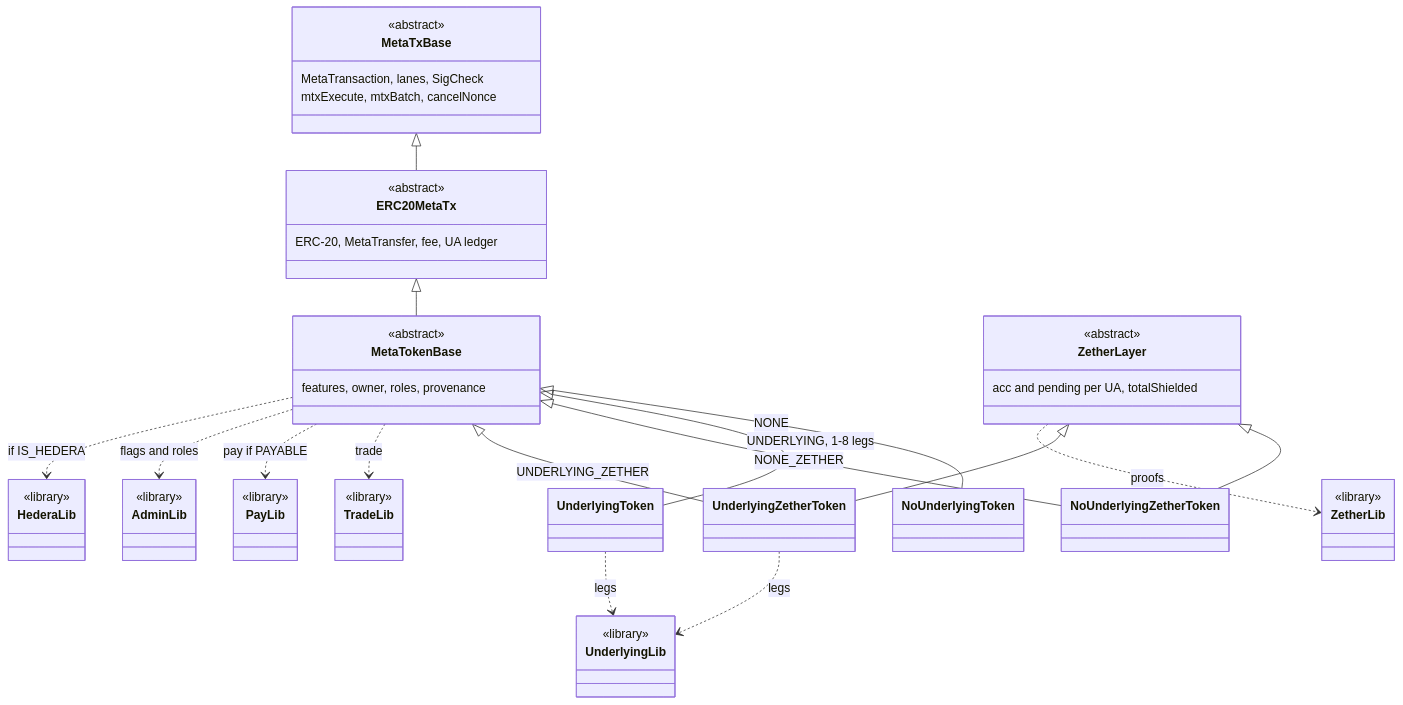
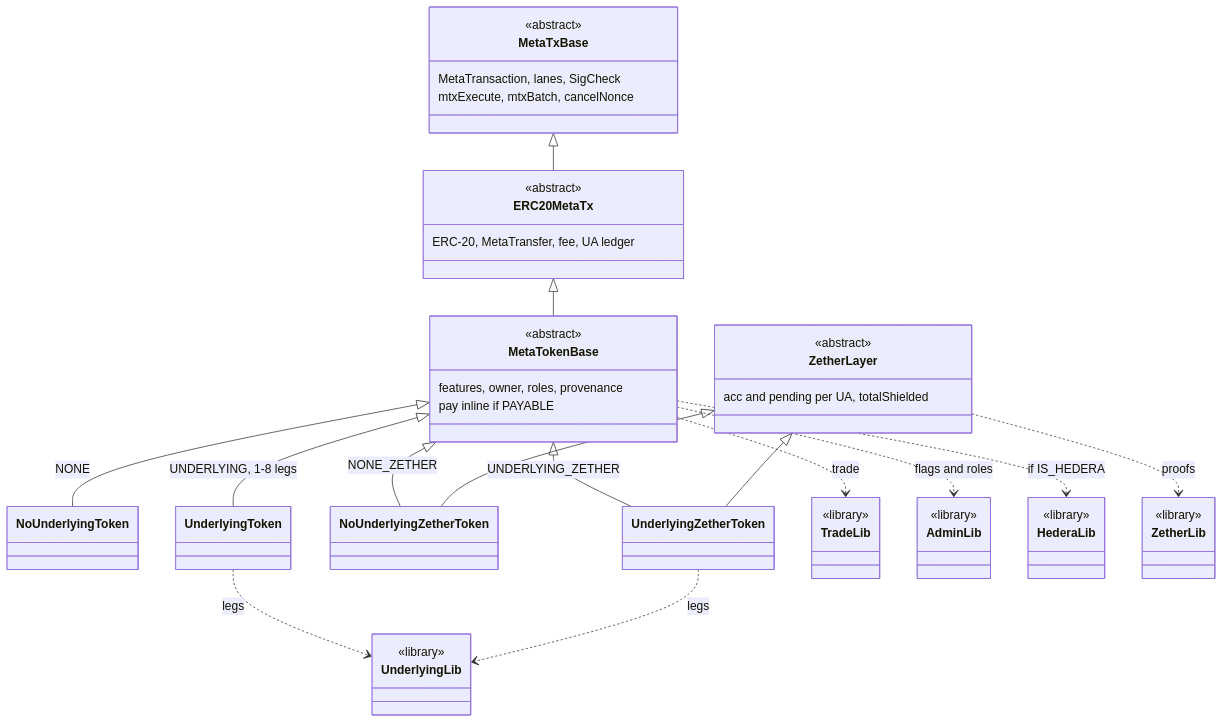
Before and after one commit to dinhduongha/scaas: the second of 12 diagrams in docs/architecture.md, drawn with Mermaid. The commit also changed other lines of this file and 1 other file, not shown here.

First line of the commit message:
docs: correct stale build status (token tree, PayLib, Hedera)

````diff
--- a/docs/architecture.md
+++ b/docs/architecture.md
@@ -278,41 +278,40 @@
 ```mermaid
 classDiagram
     MetaTxBase <|-- ERC20MetaTx
     ERC20MetaTx <|-- MetaTokenBase
     MetaTokenBase <|-- NoUnderlyingToken : NONE
     MetaTokenBase <|-- UnderlyingToken : UNDERLYING, 1-8 legs
     MetaTokenBase <|-- NoUnderlyingZetherToken : NONE_ZETHER
     MetaTokenBase <|-- UnderlyingZetherToken : UNDERLYING_ZETHER
     ZetherLayer <|-- NoUnderlyingZetherToken
     ZetherLayer <|-- UnderlyingZetherToken
     MetaTokenBase ..> TradeLib : trade
-    MetaTokenBase ..> PayLib : pay if PAYABLE
     MetaTokenBase ..> AdminLib : flags and roles
     MetaTokenBase ..> HederaLib : if IS_HEDERA
     UnderlyingToken ..> UnderlyingLib : legs
     UnderlyingZetherToken ..> UnderlyingLib : legs
     ZetherLayer ..> ZetherLib : proofs
     class MetaTxBase {
         <<abstract>>
         MetaTransaction, lanes, SigCheck
         mtxExecute, mtxBatch, cancelNonce
     }
     class ERC20MetaTx {
         <<abstract>>
         ERC-20, MetaTransfer, fee, UA ledger
     }
     class MetaTokenBase {
         <<abstract>>
         features, owner, roles, provenance
+        pay inline if PAYABLE
     }
     class ZetherLayer {
         <<abstract>>
         acc and pending per UA, totalShielded
     }
     class TradeLib { <<library>> }
-    class PayLib { <<library>> }
     class AdminLib { <<library>> }
     class UnderlyingLib { <<library>> }
     class ZetherLib { <<library>> }
     class HederaLib { <<library>> }
 ```
````
